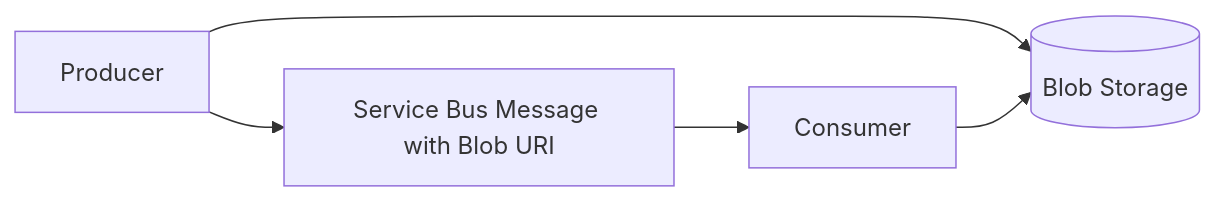
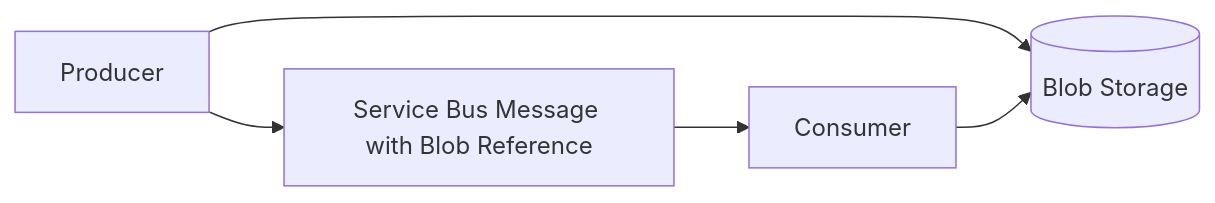
One commit to brunsdon/azure-services-cheat-sheet changed the fifth of 8 diagrams in docs/architecture-patterns.md. Above: the diagram before and after it, drawn with Mermaid. The commit also changed other lines of this file and 17 other files, not shown here.

Commit message:
Polish Azure architecture field guide

````diff
--- a/docs/architecture-patterns.md
+++ b/docs/architecture-patterns.md
@@ -58,7 +177,7 @@
 ```mermaid
 flowchart LR
     producer[Producer] --> blob[(Blob Storage)]
-    producer --> bus[Service Bus Message with Blob URI]
-    bus --> consumer[Consumer]
+    producer --> message[Service Bus Message with Blob Reference]
+    message --> consumer[Consumer]
     consumer --> blob
 ```
````
